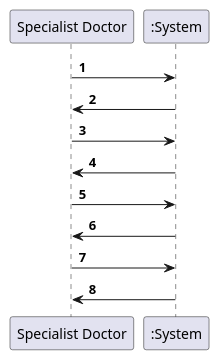
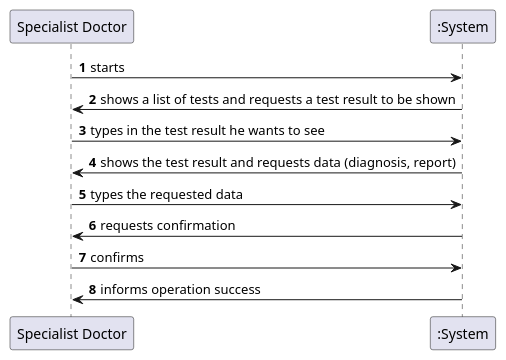
Before and after one commit to MadDinosaur/ISEP-LAPR2: the diagram in docs/SprintC/US14/US14_SSD.puml, drawn with PlantUML. The commit also changed 5 other files, not shown here.

```diff
--- a/docs/SprintC/US14/US14_SSD.puml
+++ b/docs/SprintC/US14/US14_SSD.puml
@@ -1,13 +1,13 @@
 @startuml
 
 autonumber
 
-"Specialist Doctor" -> ":System":
-":System" -> "Specialist Doctor":
-"Specialist Doctor" -> ":System":
-":System" -> "Specialist Doctor":
-"Specialist Doctor" -> ":System":
-":System" -> "Specialist Doctor":
-"Specialist Doctor" -> ":System":
-":System" -> "Specialist Doctor":
+"Specialist Doctor" -> ":System": starts
+":System" -> "Specialist Doctor": shows a list of tests and requests a test result to be shown
+"Specialist Doctor" -> ":System": types in the test result he wants to see
+":System" -> "Specialist Doctor": shows the test result and requests data (diagnosis, report)
+"Specialist Doctor" -> ":System": types the requested data
+":System" -> "Specialist Doctor": requests confirmation
+"Specialist Doctor" -> ":System": confirms
+":System" -> "Specialist Doctor": informs operation success
 @enduml
```
